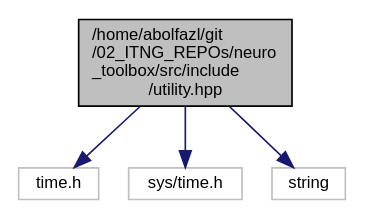
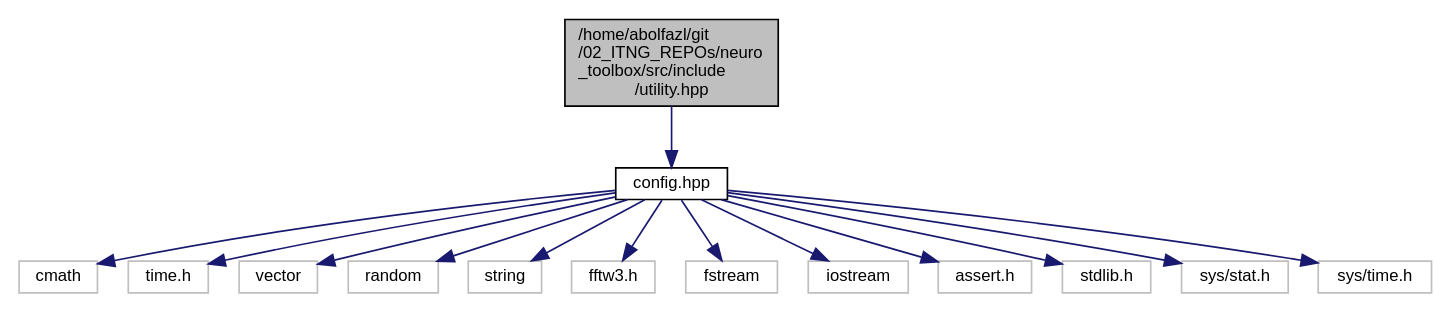
One commit to Ziaeemehr/neuro_toolbox changed the diagram in docs/utility_8hpp__incl.dot. Above: the diagram before and after it, drawn with Graphviz. The commit also changed 78 other files, not shown here.

Commit message:
docs updated. config.hpp added.

```diff
--- a/docs/utility_8hpp__incl.dot
+++ b/docs/utility_8hpp__incl.dot
@@ -1,12 +1,32 @@
 digraph "/home/abolfazl/git/02_ITNG_REPOs/neuro_toolbox/src/include/utility.hpp"
 {
   edge [fontname="Helvetica",fontsize="10",labelfontname="Helvetica",labelfontsize="10"];
   node [fontname="Helvetica",fontsize="10",shape=record];
   Node0 [label="/home/abolfazl/git\l/02_ITNG_REPOs/neuro\l_toolbox/src/include\l/utility.hpp",height=0.2,width=0.4,color="black", fillcolor="grey75", style="filled", fontcolor="black"];
   Node0 -> Node1 [color="midnightblue",fontsize="10",style="solid",fontname="Helvetica"];
-  Node1 [label="time.h",height=0.2,width=0.4,color="grey75", fillcolor="white", style="filled"];
-  Node0 -> Node2 [color="midnightblue",fontsize="10",style="solid",fontname="Helvetica"];
-  Node2 [label="sys/time.h",height=0.2,width=0.4,color="grey75", fillcolor="white", style="filled"];
-  Node0 -> Node3 [color="midnightblue",fontsize="10",style="solid",fontname="Helvetica"];
-  Node3 [label="string",height=0.2,width=0.4,color="grey75", fillcolor="white", style="filled"];
+  Node1 [label="config.hpp",height=0.2,width=0.4,color="black", fillcolor="white", style="filled",URL="$config_8hpp.html"];
+  Node1 -> Node2 [color="midnightblue",fontsize="10",style="solid",fontname="Helvetica"];
+  Node2 [label="cmath",height=0.2,width=0.4,color="grey75", fillcolor="white", style="filled"];
+  Node1 -> Node3 [color="midnightblue",fontsize="10",style="solid",fontname="Helvetica"];
+  Node3 [label="time.h",height=0.2,width=0.4,color="grey75", fillcolor="white", style="filled"];
+  Node1 -> Node4 [color="midnightblue",fontsize="10",style="solid",fontname="Helvetica"];
+  Node4 [label="vector",height=0.2,width=0.4,color="grey75", fillcolor="white", style="filled"];
+  Node1 -> Node5 [color="midnightblue",fontsize="10",style="solid",fontname="Helvetica"];
+  Node5 [label="random",height=0.2,width=0.4,color="grey75", fillcolor="white", style="filled"];
+  Node1 -> Node6 [color="midnightblue",fontsize="10",style="solid",fontname="Helvetica"];
+  Node6 [label="string",height=0.2,width=0.4,color="grey75", fillcolor="white", style="filled"];
+  Node1 -> Node7 [color="midnightblue",fontsize="10",style="solid",fontname="Helvetica"];
+  Node7 [label="fftw3.h",height=0.2,width=0.4,color="grey75", fillcolor="white", style="filled"];
+  Node1 -> Node8 [color="midnightblue",fontsize="10",style="solid",fontname="Helvetica"];
+  Node8 [label="fstream",height=0.2,width=0.4,color="grey75", fillcolor="white", style="filled"];
+  Node1 -> Node9 [color="midnightblue",fontsize="10",style="solid",fontname="Helvetica"];
+  Node9 [label="iostream",height=0.2,width=0.4,color="grey75", fillcolor="white", style="filled"];
+  Node1 -> Node10 [color="midnightblue",fontsize="10",style="solid",fontname="Helvetica"];
+  Node10 [label="assert.h",height=0.2,width=0.4,color="grey75", fillcolor="white", style="filled"];
+  Node1 -> Node11 [color="midnightblue",fontsize="10",style="solid",fontname="Helvetica"];
+  Node11 [label="stdlib.h",height=0.2,width=0.4,color="grey75", fillcolor="white", style="filled"];
+  Node1 -> Node12 [color="midnightblue",fontsize="10",style="solid",fontname="Helvetica"];
+  Node12 [label="sys/stat.h",height=0.2,width=0.4,color="grey75", fillcolor="white", style="filled"];
+  Node1 -> Node13 [color="midnightblue",fontsize="10",style="solid",fontname="Helvetica"];
+  Node13 [label="sys/time.h",height=0.2,width=0.4,color="grey75", fillcolor="white", style="filled"];
 }
```
